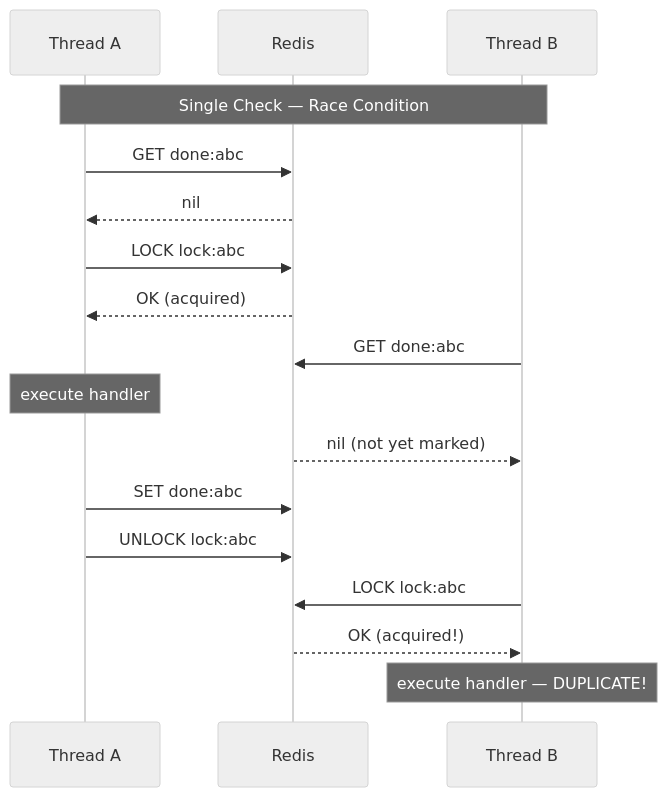
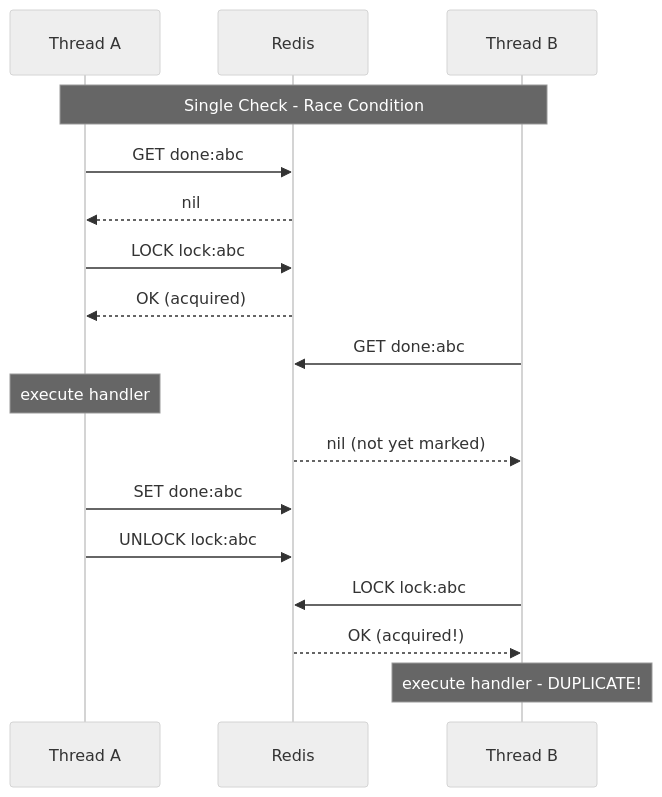
One commit to theminjunchoi/theminjunchoi.github.io changed the first of 2 diagrams in contents/posts/zzol/distributed_lock_and_race_condition.md. Above: the diagram before and after it, drawn with Mermaid (neutral theme). The commit also changed other lines of this file and 12 other files, not shown here.

````diff
--- a/contents/posts/zzol/distributed_lock_and_race_condition.md
+++ b/contents/posts/zzol/distributed_lock_and_race_condition.md
@@ -220,26 +220,26 @@
 ```mermaid
 sequenceDiagram
     participant A as Thread A
     participant R as Redis
     participant B as Thread B
 
-    Note over A,B: Single Check — Race Condition
+    Note over A,B: Single Check - Race Condition
 
     A->>R: GET done:abc
     R-->>A: nil
 
     A->>R: LOCK lock:abc
     R-->>A: OK (acquired)
 
     B->>R: GET done:abc
     Note over A: execute handler
     R-->>B: nil (not yet marked)
 
     A->>R: SET done:abc
     A->>R: UNLOCK lock:abc
 
     B->>R: LOCK lock:abc
     R-->>B: OK (acquired!)
 
-    Note over B: execute handler — DUPLICATE!
+    Note over B: execute handler - DUPLICATE!
 ```
````
